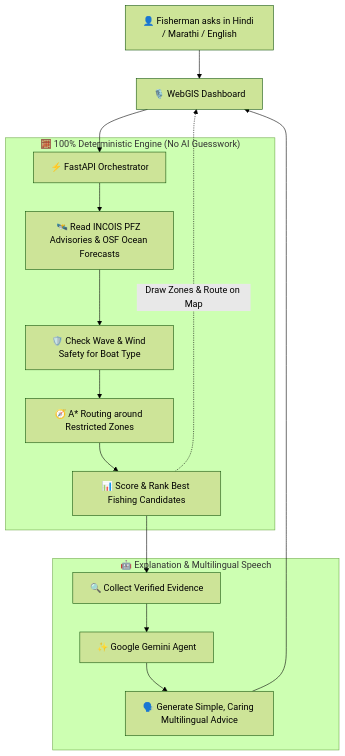
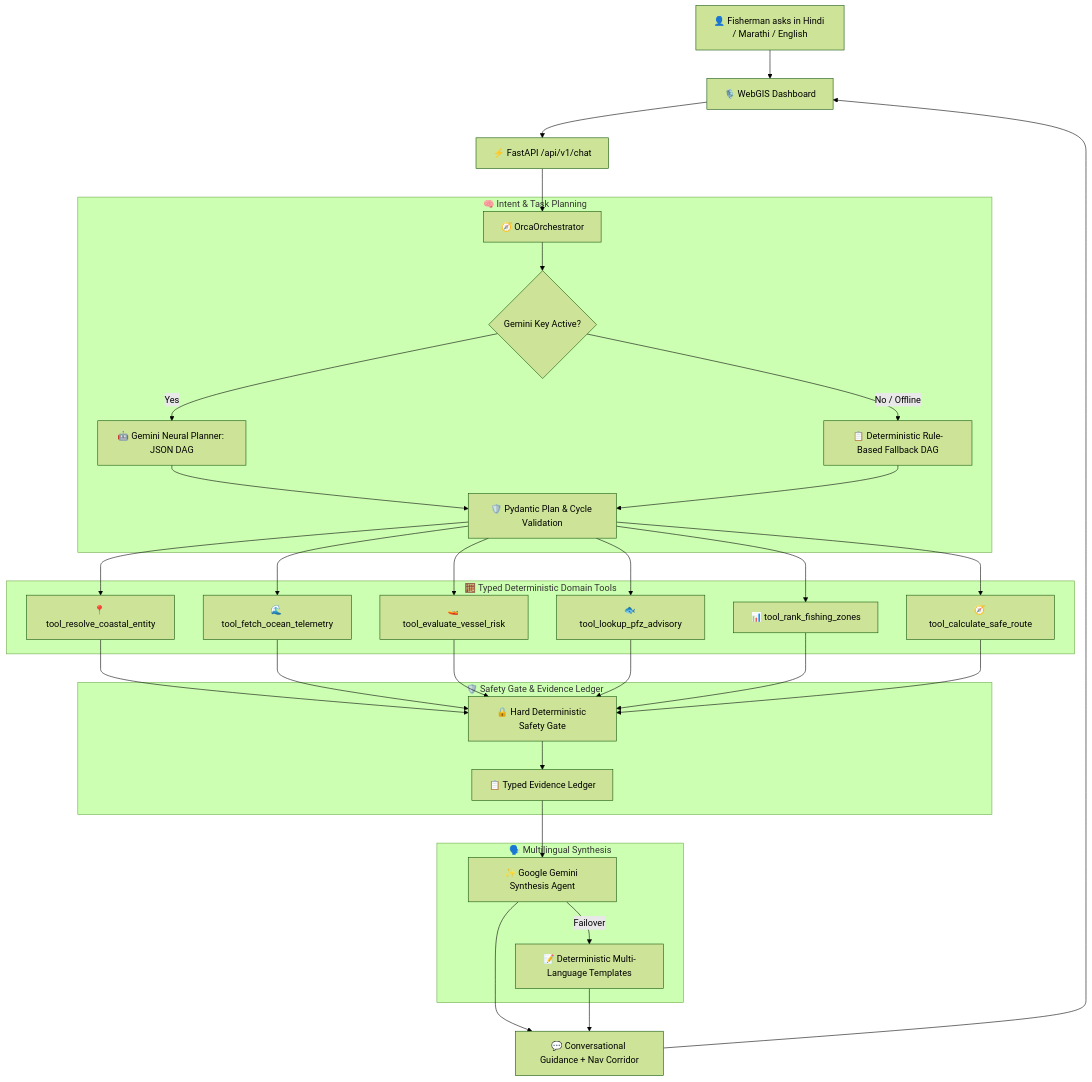
One commit to Legend2006H/ISRO-ORCA-Project changed the diagram in README.md. Above: the diagram before and after it, drawn with Mermaid (forest theme). The commit also changed other lines of this file, not shown here.

Commit message:
docs: update README with multi-agent architecture diagram, test commands, and project tree

````diff
--- a/README.md
+++ b/README.md
@@ -57,21 +57,37 @@
 ```mermaid
 flowchart TD
     A[👤 Fisherman asks in Hindi / Marathi / English] --> B[🎙️ WebGIS Dashboard]
-    B --> C[⚡ FastAPI Orchestrator]
+    B --> C[⚡ FastAPI /api/v1/chat]
+    C --> D[🧭 OrcaOrchestrator]
     
-    subgraph Data & Math ["🧮 100% Deterministic Engine (No AI Guesswork)"]
-        C --> D[🛰️ Read INCOIS PFZ Advisories & OSF Ocean Forecasts]
-        D --> E[🛡️ Check Wave & Wind Safety for Boat Type]
-        E --> F[🧭 A* Routing around Restricted Zones]
-        F --> G[📊 Score & Rank Best Fishing Candidates]
+    subgraph Planning ["🧠 Intent & Task Planning"]
+        D --> E{Gemini Key Active?}
+        E -->|Yes| F[🤖 Gemini Neural Planner: JSON DAG]
+        E -->|No / Offline| G[📋 Deterministic Rule-Based Fallback DAG]
+        F --> H[🛡️ Pydantic Plan & Cycle Validation]
+        G --> H
+    end
+
+    subgraph DeterministicTools ["🧮 Typed Deterministic Domain Tools"]
+        H --> I[📍 tool_resolve_coastal_entity]
+        H --> J[🌊 tool_fetch_ocean_telemetry]
+        H --> K[🚤 tool_evaluate_vessel_risk]
+        H --> L[🐟 tool_lookup_pfz_advisory]
+        H --> M[📊 tool_rank_fishing_zones]
+        H --> N[🧭 tool_calculate_safe_route]
+    end
+
+    subgraph SafetyAndEvidence ["🛡️ Safety Gate & Evidence Ledger"]
+        I & J & K & L & M & N --> O[🔒 Hard Deterministic Safety Gate]
+        O --> P[📋 Typed Evidence Ledger]
     end
     
-    subgraph AI Layer ["🤖 Explanation & Multilingual Speech"]
-        G --> H[🔍 Collect Verified Evidence]
-        H --> I[✨ Google Gemini Agent]
-        I --> J[🗣️ Generate Simple, Caring Multilingual Advice]
+    subgraph SynthesisLayer ["🗣️ Multilingual Synthesis"]
+        P --> Q[✨ Google Gemini Synthesis Agent]
+        Q -->|Failover| R[📝 Deterministic Multi-Language Templates]
     end
     
-    J --> B
-    G -.->|Draw Zones & Route on Map| B
+    Q --> S[💬 Conversational Guidance + Nav Corridor]
+    R --> S
+    S --> B
 ```
````
